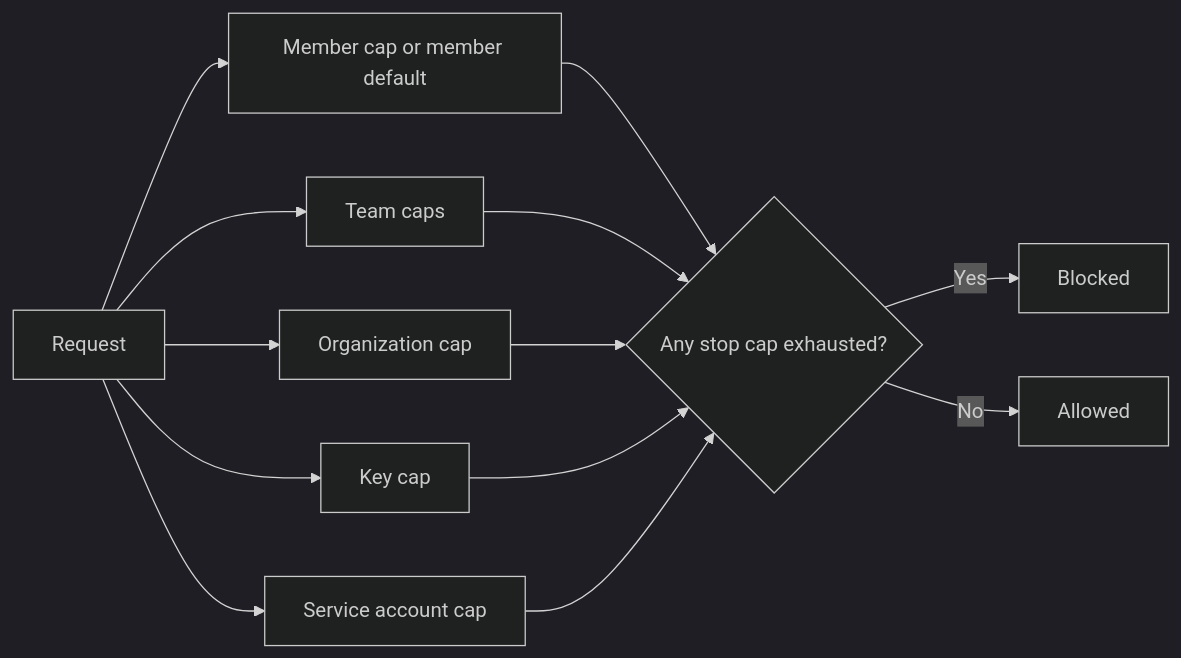
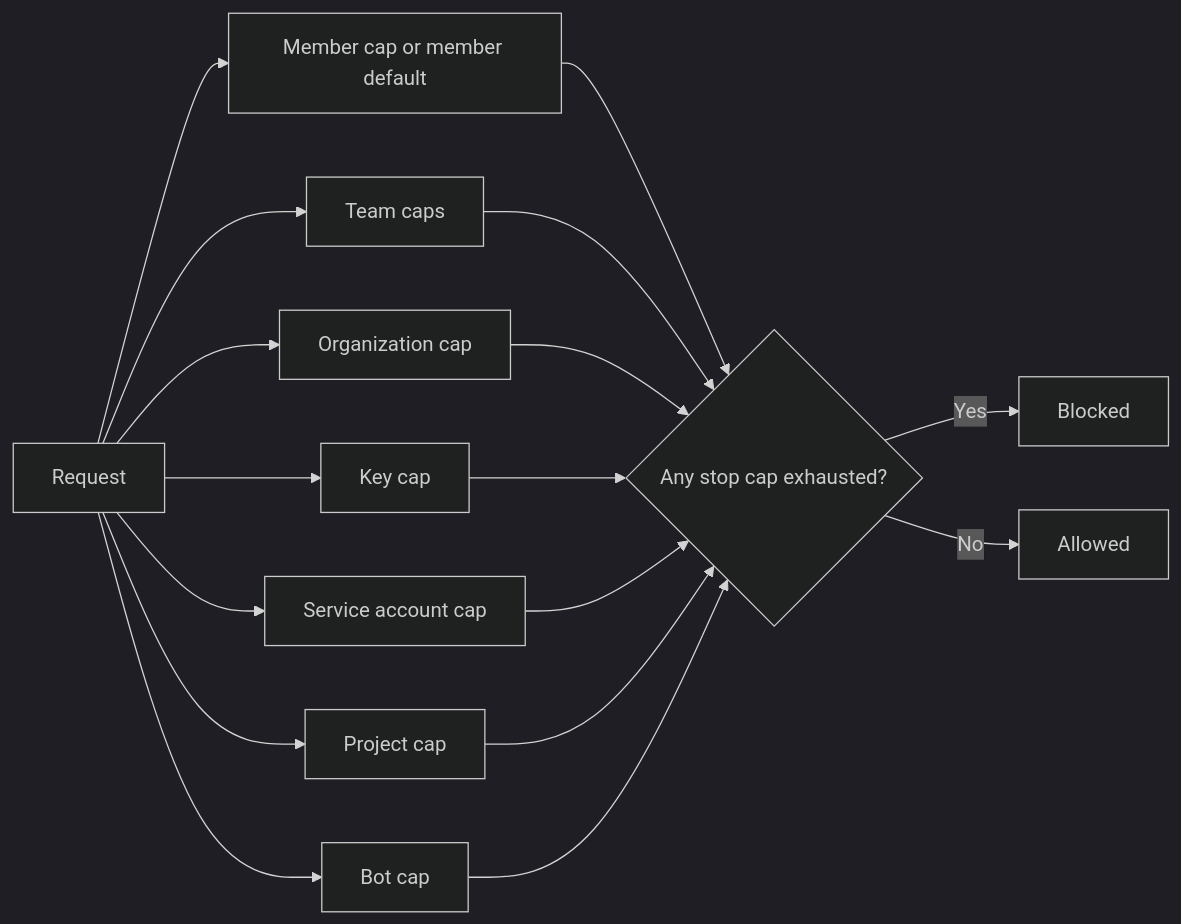
One commit to amajorai/ryu-docs changed the first of 2 diagrams in content/docs/billing/usage-limits.mdx. Above: the diagram before and after it, drawn with Mermaid (dark theme). The commit also changed other lines of this file and 182 other files, not shown here.

````diff
--- a/content/docs/billing/usage-limits.mdx
+++ b/content/docs/billing/usage-limits.mdx
@@ -45,15 +52,19 @@
 ```mermaid
 flowchart LR
   R["Request"] --> M["Member cap or member default"]
   R --> T["Team caps"]
   R --> O["Organization cap"]
   R --> K["Key cap"]
   R --> S["Service account cap"]
+  R --> P["Project cap"]
+  R --> BT["Bot cap"]
   M --> D{"Any stop cap exhausted?"}
   T --> D
   O --> D
   K --> D
   S --> D
+  P --> D
+  BT --> D
   D -->|Yes| B["Blocked"]
   D -->|No| A["Allowed"]
 ```
````
